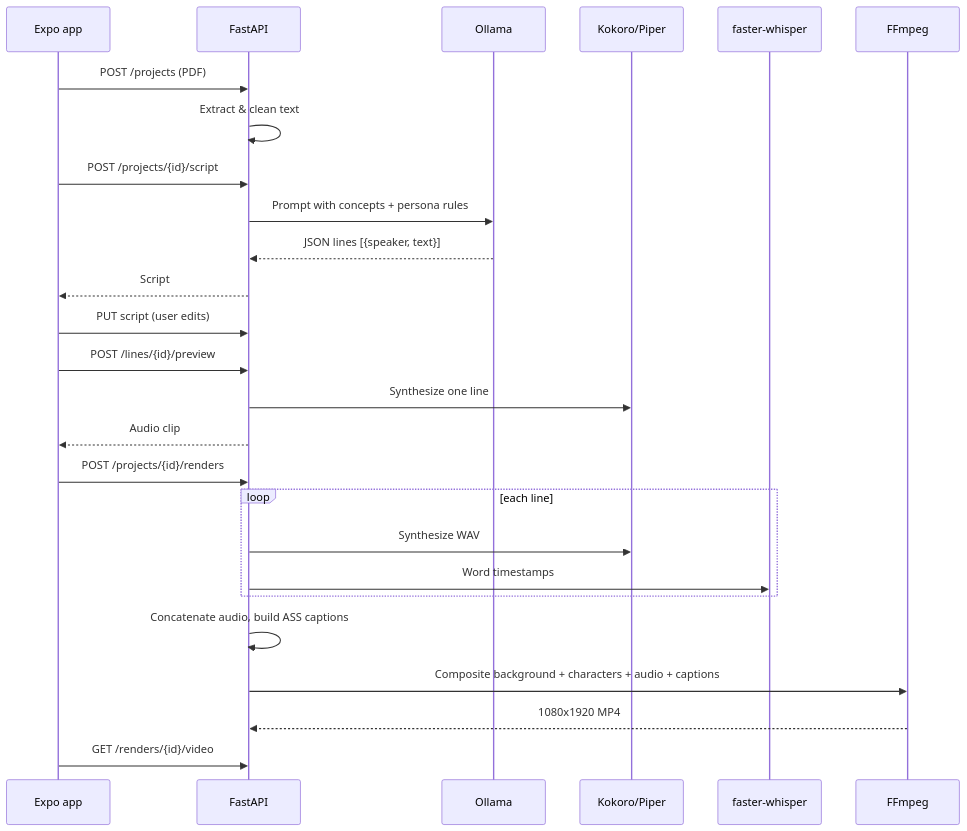
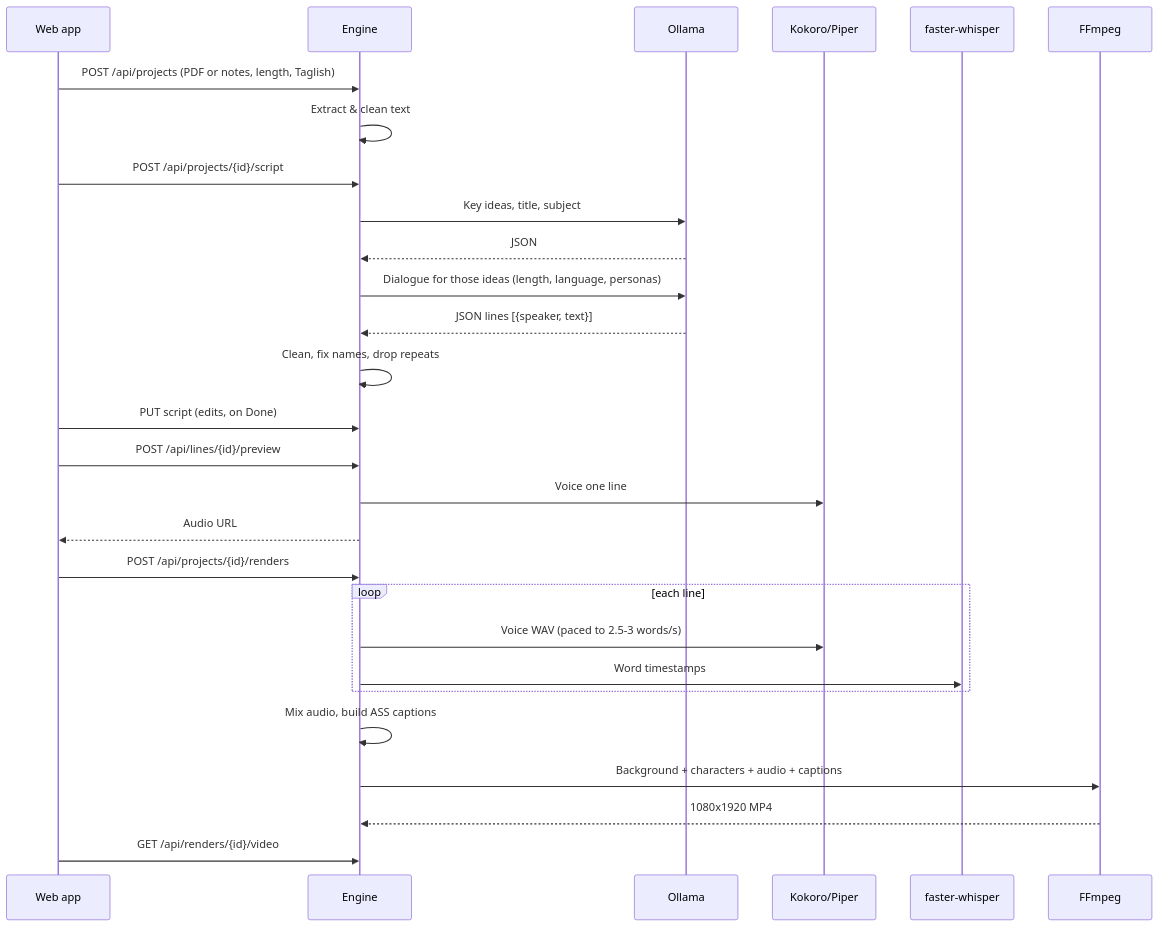
Before and after one commit to BACKD00R-Thesis/AppBuildersPH: the second of 3 diagrams in docs/architecture.md, drawn with Mermaid. The commit also changed other lines of this file and 165 other files, not shown here.

First line of the commit message:
feat(web): replace the Expo app with the Figma-built web app

````diff
--- a/docs/architecture.md
+++ b/docs/architecture.md
@@ -108,29 +116,31 @@
 ```mermaid
 sequenceDiagram
-  participant App as Expo app
-  participant API as FastAPI
+  participant App as Web app
+  participant API as Engine
   participant LLM as Ollama
   participant TTS as Kokoro/Piper
   participant W as faster-whisper
   participant F as FFmpeg
 
-  App->>API: POST /projects (PDF)
+  App->>API: POST /api/projects (PDF or notes, length, Taglish)
   API->>API: Extract & clean text
-  App->>API: POST /projects/{id}/script
-  API->>LLM: Prompt with concepts + persona rules
+  App->>API: POST /api/projects/{id}/script
+  API->>LLM: Key ideas, title, subject
+  LLM-->>API: JSON
+  API->>LLM: Dialogue for those ideas (length, language, personas)
   LLM-->>API: JSON lines [{speaker, text}]
-  API-->>App: Script
-  App->>API: PUT script (user edits)
-  App->>API: POST /lines/{id}/preview
-  API->>TTS: Synthesize one line
-  API-->>App: Audio clip
-  App->>API: POST /projects/{id}/renders
+  API->>API: Clean, fix names, drop repeats
+  App->>API: PUT script (edits, on Done)
+  App->>API: POST /api/lines/{id}/preview
+  API->>TTS: Voice one line
+  API-->>App: Audio URL
+  App->>API: POST /api/projects/{id}/renders
   loop each line
-    API->>TTS: Synthesize WAV
+    API->>TTS: Voice WAV (paced to 2.5-3 words/s)
     API->>W: Word timestamps
   end
-  API->>API: Concatenate audio, build ASS captions
-  API->>F: Composite background + characters + audio + captions
+  API->>API: Mix audio, build ASS captions
+  API->>F: Background + characters + audio + captions
   F-->>API: 1080x1920 MP4
-  App->>API: GET /renders/{id}/video
+  App->>API: GET /api/renders/{id}/video
 ```
````
